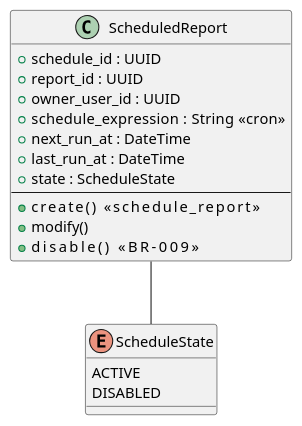
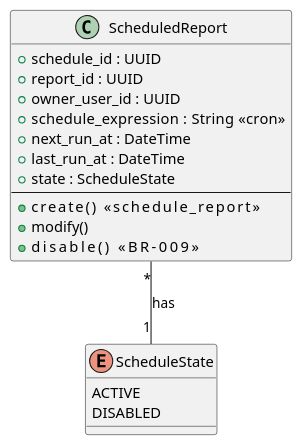
One commit to jcg-admin/IACT-docs changed the diagram in source/arquitectura-tecnica/domain-model/scheduled-report.rst. Above: the diagram before and after it, drawn with PlantUML. The commit also changed 27 other files, not shown here.

First line of the commit message:
Apply UML rigor pass batch 2: Audit + Alerts + RBAC repos

```diff
--- a/source/arquitectura-tecnica/domain-model/scheduled-report.rst
+++ b/source/arquitectura-tecnica/domain-model/scheduled-report.rst
@@ -24,27 +24,27 @@
 .. uml::
  :caption: Clase ScheduledReport — programacion automatica de reporte.
 
  @startuml
 
  class ScheduledReport {
    + schedule_id : UUID
    + report_id : UUID
    + owner_user_id : UUID
    + schedule_expression : String   <<cron>>
    + next_run_at : DateTime
    + last_run_at : DateTime
    + state : ScheduleState
    --
    + create()             <<schedule_report>>
    + modify()
    + disable()            <<BR-009>>
  }
 
  enum ScheduleState {
    ACTIVE
    DISABLED
  }
 
- ScheduledReport -- ScheduleState
+ ScheduledReport "*" -- "1" ScheduleState : has
 
  @enduml
```
